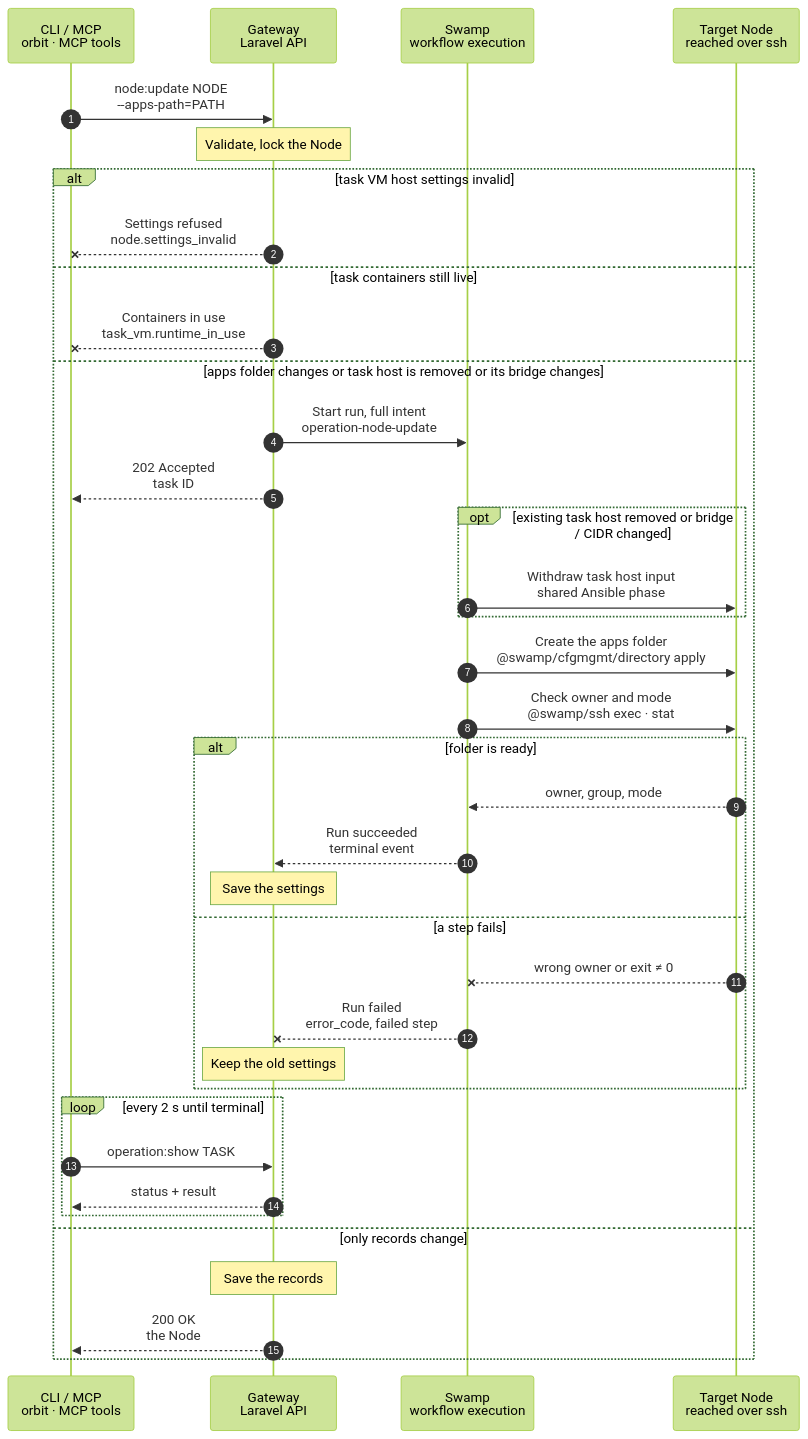
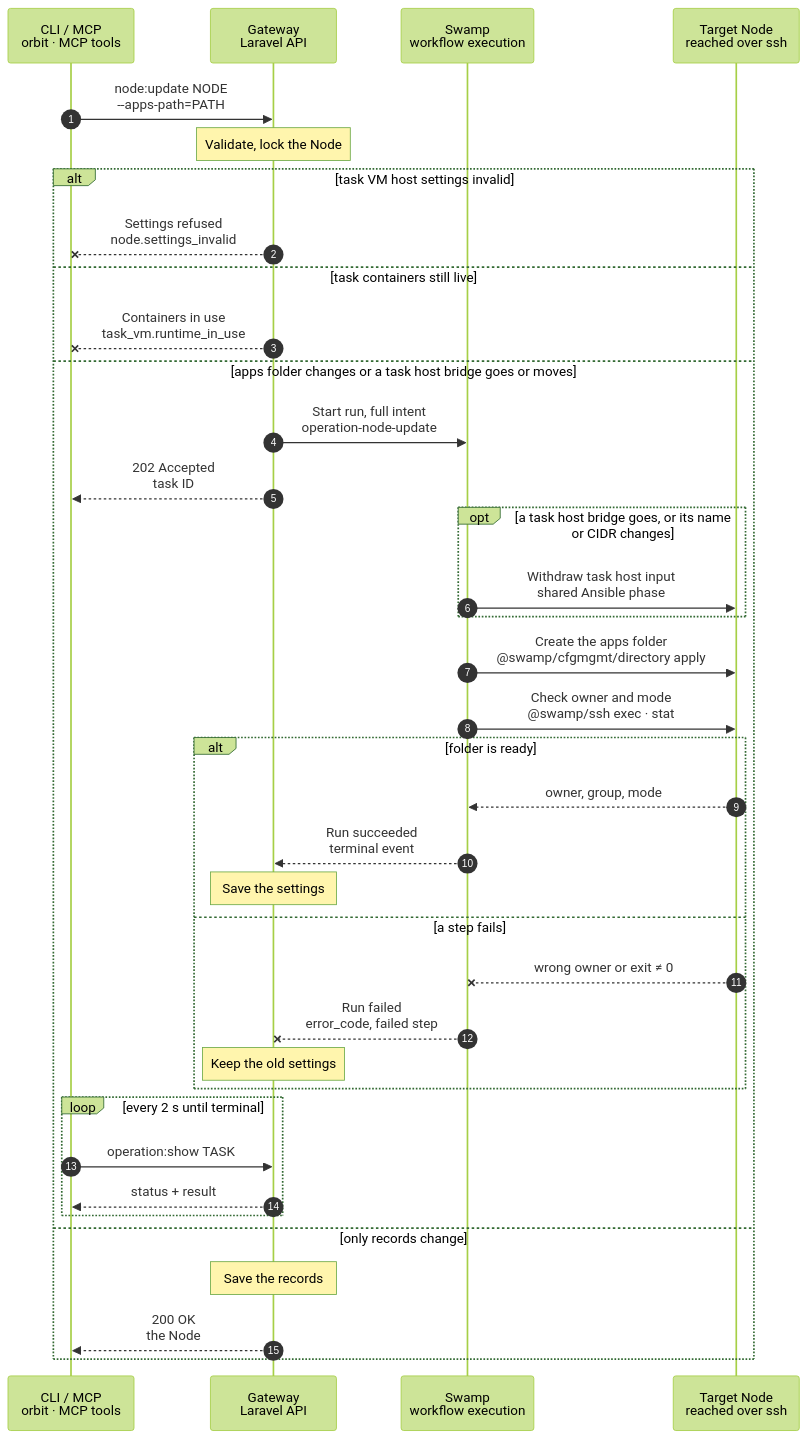
Before and after one commit to hardimpactdev/orbit: the diagram in docs/cli/node/update.mmd, drawn with Mermaid (forest theme). The commit also changed 8 other files, not shown here.

First line of the commit message:
docs: specify container host preparation (task container PR 2)

```diff
--- a/docs/cli/node/update.mmd
+++ b/docs/cli/node/update.mmd
@@ -1,119 +1,120 @@
 sequenceDiagram
   %% Target design: ADR 0244 task, task-host input withdrawal and apps.path are Node work, one node:update. docs/reference/node-settings.md.
   %% status: draft
   %% command: node:update
   %% kind: node.update
   autonumber
   %% lane CLI icon=terminal pill=caller tone=gray
   %% lane GW icon=gateway pill=intent tone=blue
   %% lane SW icon=workflow pill=executes tone=green
   %% lane N icon=server pill=target tone=amber
   participant CLI as CLI / MCP<br/>orbit · MCP tools
   participant GW as Gateway<br/>Laravel API
   participant SW as Swamp<br/>workflow execution
   participant N as Target Node<br/>reached over ssh
   %% path: main
   CLI->>GW: node:update NODE<br/>--apps-path=PATH
   %%> Command:
   %%> - `orbit node:update NODE --apps-path=PATH`
   %%> - syntax: `<node> [--name=NAME] [--platform=PLATFORM] [--apps-path=PATH] [--task-vms=JSON] [--json]`
   %%> Input:
   %%> - the Node, and at least one setting to change
   %%> - an apps-folder change or withdrawal of existing task-host input rules needs Node work; other changes are records
   %%> - an empty value unsets a setting: `--apps-path=` unsets the folder, `--task-vms=null` removes the task VM host settings
   %%> Who can call it:
   %%> - the `orbit` CLI and the MCP tool send the same request
   Note over GW: Validate, lock the Node
   %%> Requirements:
   %%> - the calling Node has an access grant to the target Node
   %%> - `task_vms.task_places` and `task_vms.ci_places` are separate VM counts from 0 to 64; one live VM holds one place until deletion is confirmed
   %%> - the optional `task_vms.containers` member has its own `task_places` and `ci_places`, counted apart from the VM places, and its own Incus project, bridge and CIDR
   %%> - lowering either count removes no claim; task work and operator proofs share FIFO task admission, while authenticated CI proofs and base refresh use CI places
   %%> - every value passes the checks that the Node settings reference lists; a failed check changes nothing
   %%> - no other lifecycle change runs for the target; the Gateway holds the Node's name lock, and the new name's lock for a rename
   %%> Decides:
   %%> - whether the apps folder changes and needs Node work, so a run starts
   alt task VM host settings invalid
     %% path: settings-refused
     GW--xCLI: Settings refused<br/>node.settings_invalid
     %%> When:
     %%> - a field fails its check, or a bridge of the host overlaps the VPN subnet, another bridge of the host, or a bridge of another host
     %%> - `containers` uses the host's VM project or bridge name
     %%> Result:
     %%> - nothing changes and no run starts
   else task containers still live
     %% path: runtime-in-use
     GW--xCLI: Containers in use<br/>task_vm.runtime_in_use
     %%> When:
     %%> - the request removes `containers`, or changes its `project`, `network` or `cidr`, while the host has a task container that is not destroyed
     %%> Result:
     %%> - nothing changes; change the container side after its containers are released
-  else apps folder changes or task host is removed or its bridge changes
+  else apps folder changes or a task host bridge goes or moves
     %% path: node-work
     GW->>SW: Start run, full intent<br/>operation-node-update
     %%> Inputs:
     %%> - the new apps folder, and the managed user and group that must own it
     %%> - the target's address and SSH host keys; the SSH identity comes from the `swamp` role
     %%> Not stored yet:
     %%> - the settings stay unchanged until the run succeeds; a new name or platform in the same request is saved at once
     %%> Unsetting on a Node with an active `app-dev` role:
     %%> - prepares the default folder, `<managed-user-home>/apps`
     GW-->>CLI: 202 Accepted<br/>task ID
     %%> What you get:
     %%> - the task ID, at once
     %%> Next:
     %%> - the CLI follows the task with `operation:show`
-    opt existing task host removed or bridge / CIDR changed
+    opt a task host bridge goes, or its name or CIDR changes
       %% path: withdraw-input
       SW->>N: Withdraw task host input<br/>shared Ansible phase
       %%> What it does:
-      %%> - removes only rules with the three catalog-owned task-host input comments, including duplicates and IPv6 rows
+      %%> - removes only rules with the three catalog-owned input comments of each bridge that goes or moves, including duplicates and IPv6 rows
+      %%> - the VM bridge's are `orbit:task-vms-*`; the container bridge's, when `containers` goes or its `network` or `cidr` changes, are `orbit:task-containers-*`
       %%> - reads the firewall again and asserts none remain; failure keeps the stored settings
     end
     SW->>N: Create the apps folder<br/>@swamp/cfgmgmt/directory apply
     %%> What it does:
     %%> - only when an apps-folder change needs preparation: creates the folder and any missing folders above it
     %%> - gives it the managed user and group and mode `0755`
     %%> Not included:
     %%> - existing Instances don't move; new development Instances use the new folder
     SW->>N: Check owner and mode<br/>@swamp/ssh exec · stat
     %%> Why:
     %%> - it is the one end check: a real folder of the managed user and group, mode 0755
     alt folder is ready
       %% path: folder-ready
       N-->>SW: owner, group, mode
       SW-->>GW: Run succeeded<br/>terminal event
       %%> How the Gateway learns it:
       %%> - its shared run reader sees the terminal event; Swamp never calls the Gateway
       Note over GW: Save the settings
       %%> Result:
       %%> - the apps folder is set, and any task VM host change in the same request is saved with it
       %%> - the task succeeds
     else a step fails
       %% path: run-failed
       N--xSW: wrong owner or exit ≠ 0
       %%> When:
       %%> - the folder can't be created, a file is in the way, or the check doesn't match
       SW--xGW: Run failed<br/>error_code, failed step
       Note over GW: Keep the old settings
       %%> Result:
       %%> - the settings stay unchanged and the task fails
       %%> On the Node:
       %%> - folders created before the failure stay; an empty folder is harmless and there is no rollback
       %%> Retry:
       %%> - run the same command again after fixing the cause; it is a new task
     end
     loop every 2 s until terminal
       CLI->>GW: operation:show TASK
       GW-->>CLI: status + result
     end
   else only records change
     %% path: records
     Note over GW: Save the records
     %%> What it does:
     %%> - saves the name, platform or task VM host settings at once when no apps preparation or task-host input withdrawal is needed; no Node is contacted
     %%> Skipped:
     %%> - when every value equals the stored one, nothing is written and the result reports `Skipped — already set (node.unchanged)`
     %%> - the skip reason is part of the successful result in human and machine output, not an error
     GW-->>CLI: 200 OK<br/>the Node
   end
```
